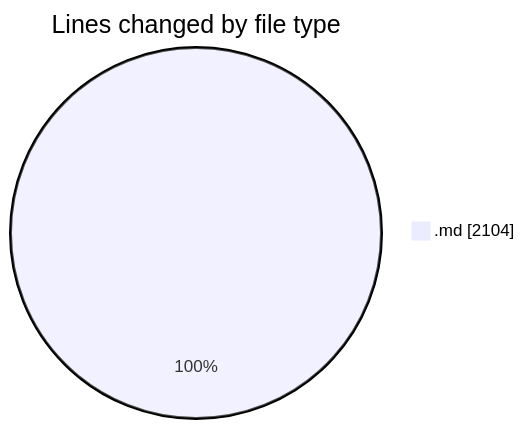
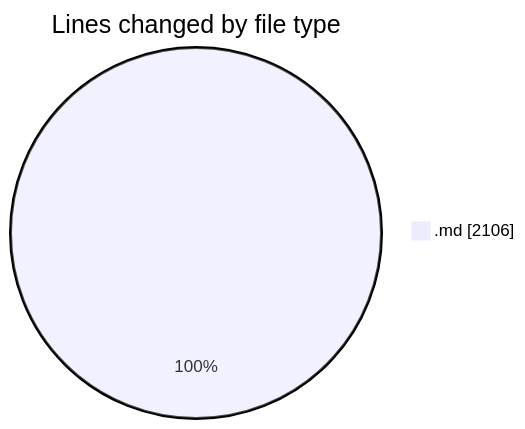
One commit to Ritupan-Deka/code-tracking changed the first of 2 diagrams in 2025-07-07/urlwebwala_intership_work/README.md. Above: the diagram before and after it, drawn with Mermaid. The commit also changed other lines of this file and 1 other file, not shown here.

````diff
--- a/2025-07-07/urlwebwala_intership_work/README.md
+++ b/2025-07-07/urlwebwala_intership_work/README.md
@@ -22,5 +22,5 @@
 ```mermaid
 pie showData
 title Lines changed by file type
-".md" : 2104
+".md" : 2106
 ```
````
